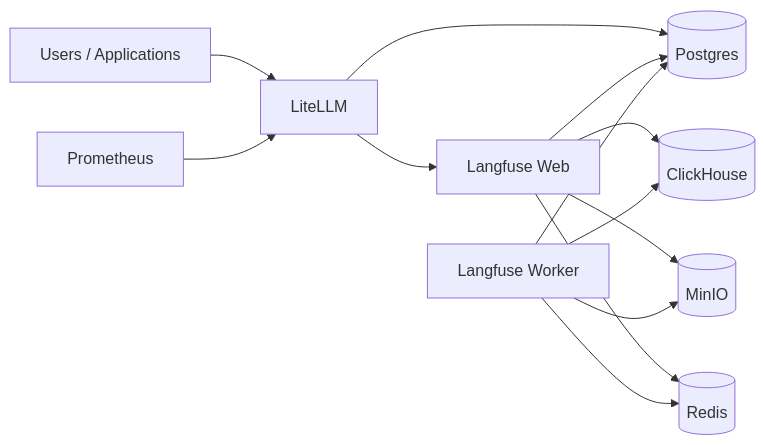
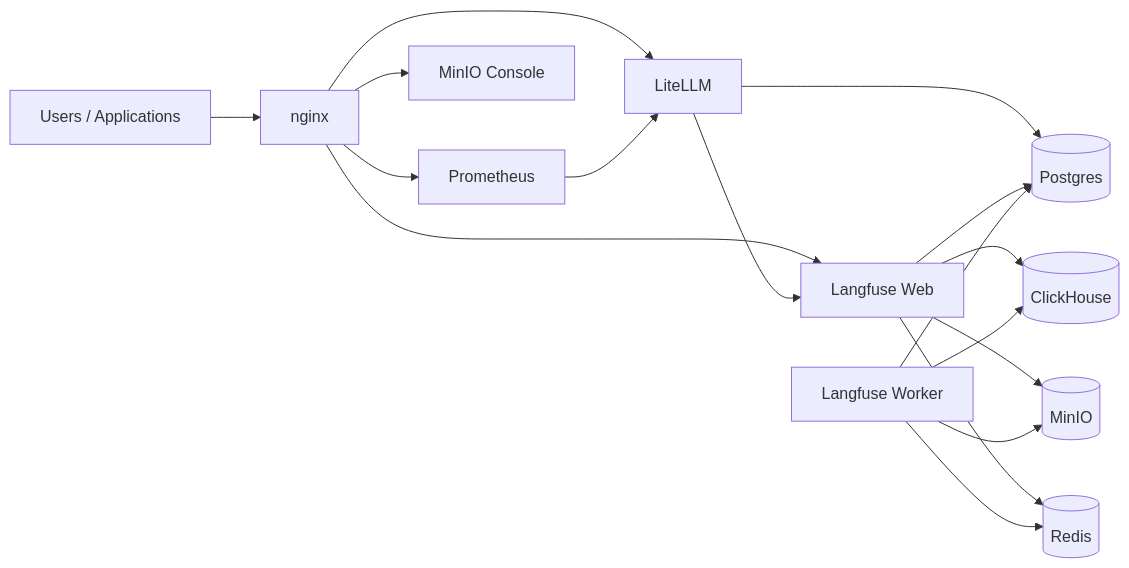
The diagram in README.md (autonomiceng/llm-gateway-stack), drawn with Mermaid before and after one commit. The commit also changed other lines of this file and 14 other files, not shown here.

````diff
--- a/README.md
+++ b/README.md
@@ -30,15 +29,19 @@
 ```mermaid
 flowchart LR
-  U[Users / Applications] --> L[LiteLLM]
+  U[Users / Applications] --> N[nginx]
+  N --> L[LiteLLM]
+  N --> LF[Langfuse Web]
+  N --> PR[Prometheus]
+  N --> MC[MinIO Console]
   L --> P[(Postgres)]
-  L --> LF[Langfuse Web]
+  L --> LF
   LF --> P
   LF --> CH[(ClickHouse)]
   LF --> M[(MinIO)]
   LF --> R[(Redis)]
   W[Langfuse Worker] --> P
   W --> CH
   W --> M
   W --> R
-  PR[Prometheus] --> L
+  PR --> L
 ```
````
